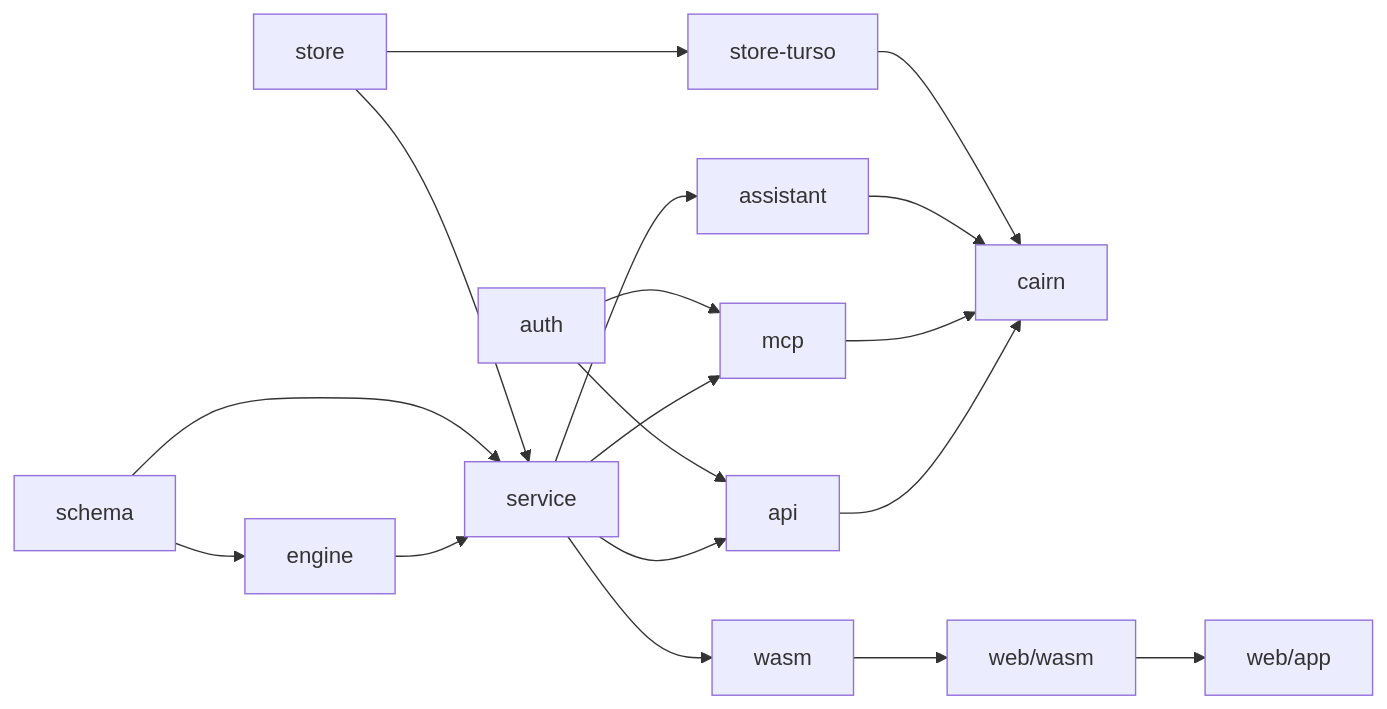
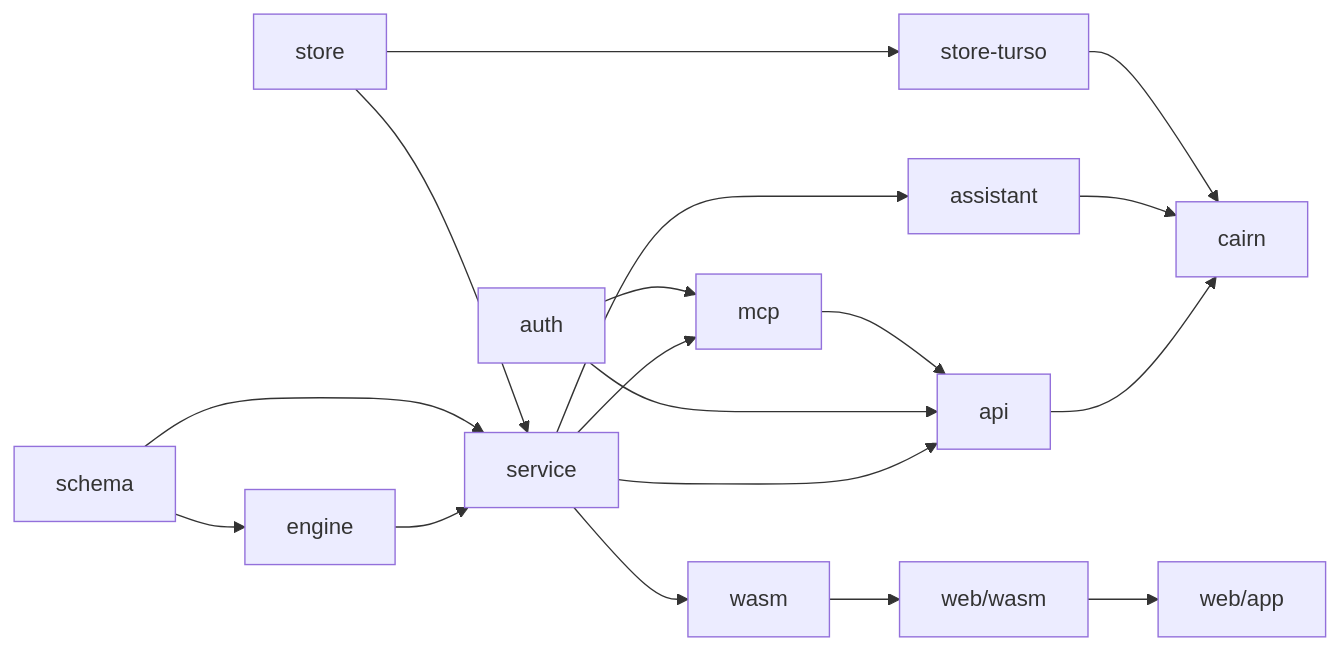
One commit to JacobHayes/cairn changed the second of 3 diagrams in ARCHITECTURE.md. Above: the diagram before and after it, drawn with Mermaid. The commit also changed other lines of this file and 54 other files, not shown here.

````diff
--- a/ARCHITECTURE.md
+++ b/ARCHITECTURE.md
@@ -107,20 +107,20 @@
 ```mermaid
 flowchart LR
     schema --> engine
     engine --> service
     schema --> service
     store --> service
     store --> store_turso[store-turso]
     service --> api
     service --> mcp
     service --> assistant
     auth --> api
     auth --> mcp
+    mcp --> api
     api --> cairn
-    mcp --> cairn
     assistant --> cairn
     store_turso --> cairn
     service --> wasm
     wasm --> web_wasm[web/wasm]
     web_wasm --> web_app[web/app]
 ```
````
